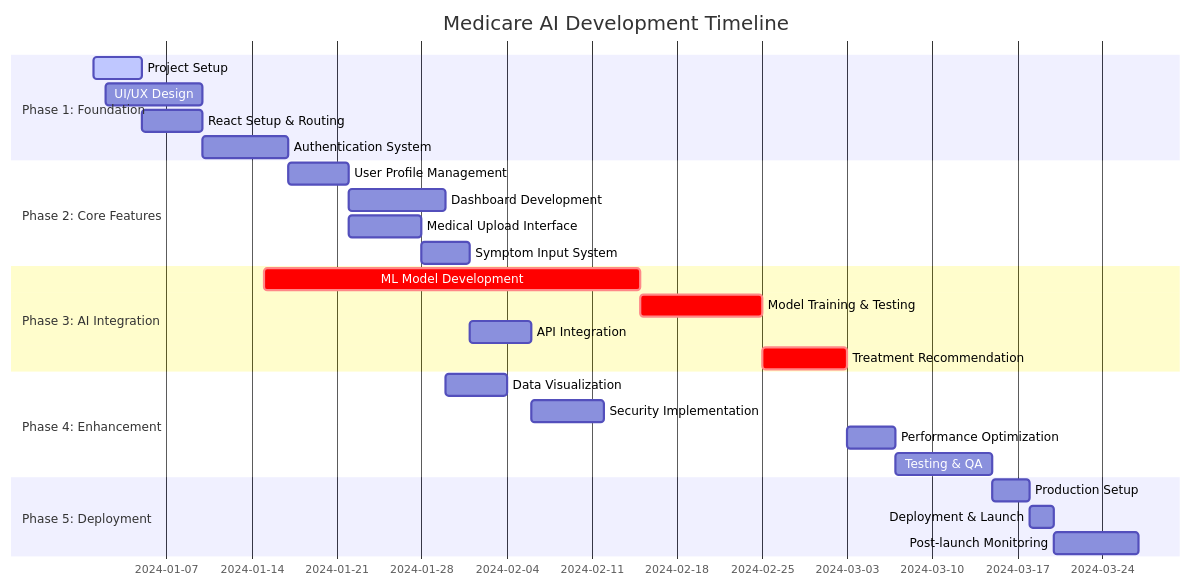
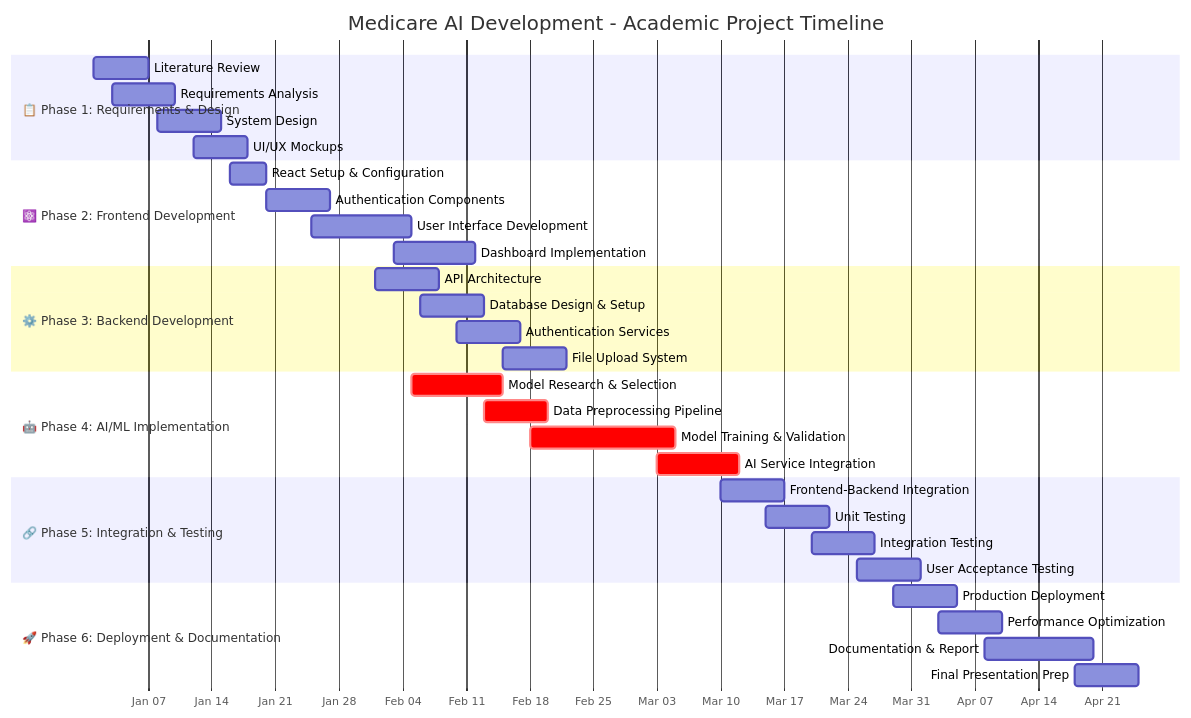
Before and after one commit to Shipra1605/health-ai-medicare-compass: the first of 5 diagrams in docs/PERT_Chart.md, drawn with Mermaid. The commit also changed other lines of this file and 4 other files, not shown here.

First line of the commit message:
Refactor: Enhance diagrams for academic report

````diff
--- a/docs/PERT_Chart.md
+++ b/docs/PERT_Chart.md
@@ -6,33 +6,42 @@
 ```mermaid
 gantt
-    title Medicare AI Development Timeline
+    title Medicare AI Development - Academic Project Timeline
     dateFormat  YYYY-MM-DD
-    section Phase 1: Foundation
-    Project Setup                    :active,    setup,      2024-01-01, 2024-01-05
-    UI/UX Design                     :           design,     2024-01-02, 2024-01-10
-    React Setup & Routing            :           react,      after setup, 5d
-    Authentication System            :           auth,       after react, 7d
+    axisFormat  %b %d
     
-    section Phase 2: Core Features
-    User Profile Management          :           profile,    after auth, 5d
-    Dashboard Development            :           dashboard,  after profile, 8d
-    Medical Upload Interface         :           upload,     after profile, 6d
-    Symptom Input System             :           symptoms,   after upload, 4d
+    section 📋 Phase 1: Requirements & Design
+    Literature Review                    :lit,        2024-01-01, 2024-01-07
+    Requirements Analysis               :req,        2024-01-03, 2024-01-10
+    System Design                       :design,     2024-01-08, 2024-01-15
+    UI/UX Mockups                      :mockup,     2024-01-12, 2024-01-18
     
-    section Phase 3: AI Integration
-    ML Model Development             :crit,      ml-dev,     2024-01-15, 2024-02-15
-    Model Training & Testing         :crit,      ml-train,   after ml-dev, 10d
-    API Integration                  :           api-int,    after symptoms, 5d
-    Treatment Recommendation         :crit,      treatment,  after ml-train, 7d
+    section ⚛️ Phase 2: Frontend Development
+    React Setup & Configuration        :react,      2024-01-16, 2024-01-20
+    Authentication Components          :auth,       2024-01-20, 2024-01-27
+    User Interface Development         :ui,         2024-01-25, 2024-02-05
+    Dashboard Implementation           :dashboard,  2024-02-03, 2024-02-12
     
-    section Phase 4: Enhancement
-    Data Visualization               :           charts,     after dashboard, 5d
-    Security Implementation          :           security,   after api-int, 6d
-    Performance Optimization         :           optimize,   after treatment, 4d
-    Testing & QA                     :           testing,    after optimize, 8d
+    section ⚙️ Phase 3: Backend Development
+    API Architecture                   :api,        2024-02-01, 2024-02-08
+    Database Design & Setup           :db,         2024-02-06, 2024-02-13
+    Authentication Services            :auth-be,    2024-02-10, 2024-02-17
+    File Upload System                 :upload,     2024-02-15, 2024-02-22
     
-    section Phase 5: Deployment
-    Production Setup                 :           prod-setup, after testing, 3d
-    Deployment & Launch              :           deploy,     after prod-setup, 2d
-    Post-launch Monitoring           :           monitor,    after deploy, 7d
+    section 🤖 Phase 4: AI/ML Implementation
+    Model Research & Selection         :crit, ml-research, 2024-02-05, 2024-02-15
+    Data Preprocessing Pipeline        :crit, data-prep,   2024-02-13, 2024-02-20
+    Model Training & Validation        :crit, training,    2024-02-18, 2024-03-05
+    AI Service Integration             :crit, ai-int,      2024-03-03, 2024-03-12
+    
+    section 🔗 Phase 5: Integration & Testing
+    Frontend-Backend Integration       :integration, 2024-03-10, 2024-03-17
+    Unit Testing                       :unit-test,   2024-03-15, 2024-03-22
+    Integration Testing                :int-test,    2024-03-20, 2024-03-27
+    User Acceptance Testing            :uat,         2024-03-25, 2024-04-01
+    
+    section 🚀 Phase 6: Deployment & Documentation
+    Production Deployment              :deploy,      2024-03-29, 2024-04-05
+    Performance Optimization           :optimize,    2024-04-03, 2024-04-10
+    Documentation & Report             :docs,        2024-04-08, 2024-04-20
+    Final Presentation Prep            :presentation, 2024-04-18, 2024-04-25
 ```
````
